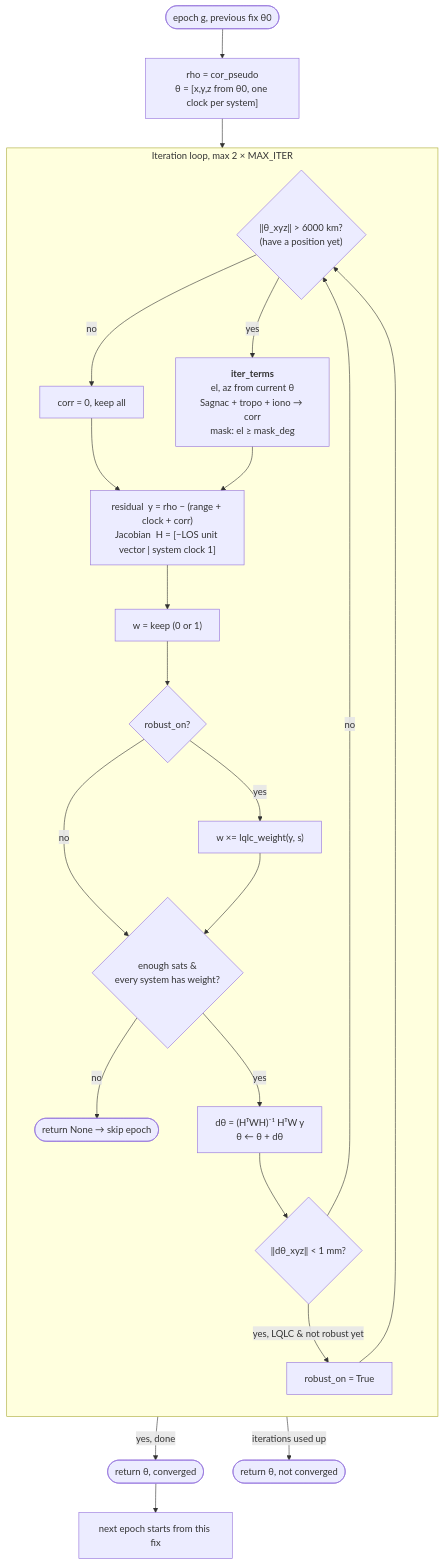
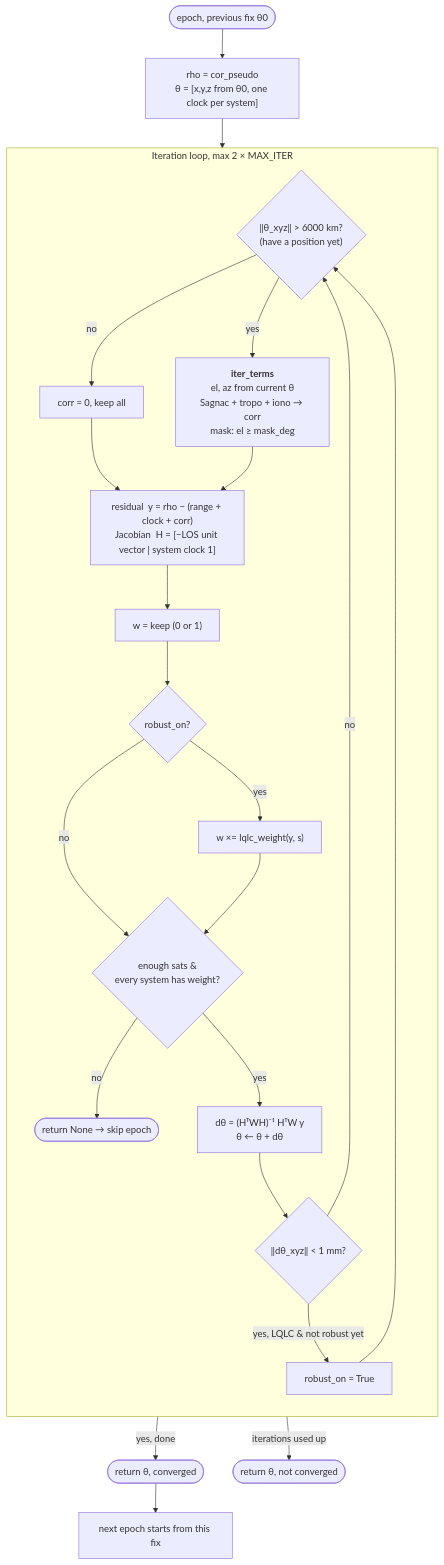
One commit to sing456123/FYP changed the fourth of 5 diagrams in README.md. Above: the diagram before and after it, drawn with Mermaid. The commit also changed other lines of this file and 251 other files, not shown here.

````diff
--- a/README.md
+++ b/README.md
@@ -128,28 +127,28 @@
 ```mermaid
 flowchart TD
-    S([epoch g, previous fix θ0]) --> INIT["rho = cor_pseudo<br/>θ = [x,y,z from θ0, one clock per system]"]
+    S([epoch, previous fix θ0]) --> INIT["rho = cor_pseudo<br/>θ = [x,y,z from θ0, one clock per system]"]
     INIT --> LOOP
 
     subgraph LOOP [Iteration loop, max 2 × MAX_ITER]
         direction TB
         P{"‖θ_xyz‖ > 6000 km?<br/>(have a position yet)"}
         P -- no --> Z["corr = 0, keep all"]
         P -- yes --> IT["<b>iter_terms</b><br/>el, az from current θ<br/>Sagnac + tropo + iono → corr<br/>mask: el ≥ mask_deg"]
         Z --> Y
         IT --> Y["residual  y = rho − (range + clock + corr)<br/>Jacobian  H = [−LOS unit vector | system clock 1]"]
         Y --> W["w = keep (0 or 1)"]
         W --> RB{robust_on?}
         RB -- yes --> LW["w ×= lqlc_weight(y, s)"]
         RB -- no --> CHK
         LW --> CHK{"enough sats &<br/>every system has weight?"}
         CHK -- no --> NONE([return None → skip epoch])
         CHK -- yes --> STEP["dθ = (HᵀWH)⁻¹ HᵀW y<br/>θ ← θ + dθ"]
         STEP --> CONV{"‖dθ_xyz‖ < 1 mm?"}
         CONV -- no --> P
         CONV -- "yes, LQLC & not robust yet" --> ON["robust_on = True"] --> P
     end
 
     CONV -- "yes, done" --> OK([return θ, converged])
     LOOP -- "iterations used up" --> NC([return θ, not converged])
     OK --> NEXT["next epoch starts from this fix"]
 ```
````
